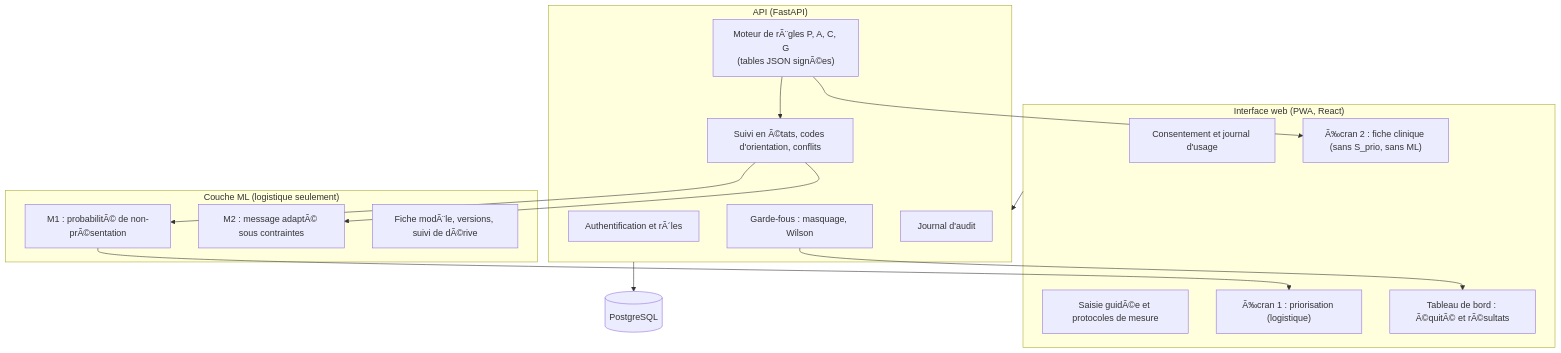
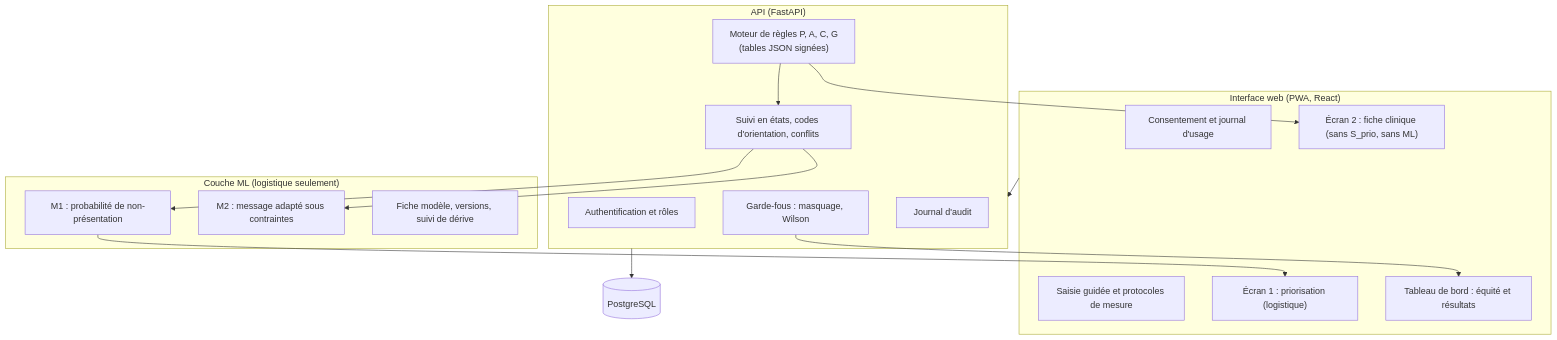
The second of 2 diagrams in MediBenin_Addendum_v8_Alignement_Criteres.md (orace229/medibenin), drawn with Mermaid before and after one commit. The commit also changed other lines of this file and 25 other files, not shown here.

````diff
--- a/MediBenin_Addendum_v8_Alignement_Criteres.md
+++ b/MediBenin_Addendum_v8_Alignement_Criteres.md
@@ -132,31 +132,31 @@
 ```mermaid
 flowchart TB
     subgraph U["Interface web (PWA, React)"]
         U1["Consentement et journal d'usage"]
-        U2["Saisie guidÃ©e et protocoles de mesure"]
-        U3["Ã‰cran 1 : priorisation (logistique)"]
-        U4["Ã‰cran 2 : fiche clinique (sans S_prio, sans ML)"]
-        U5["Tableau de bord : Ã©quitÃ© et rÃ©sultats"]
+        U2["Saisie guidée et protocoles de mesure"]
+        U3["Écran 1 : priorisation (logistique)"]
+        U4["Écran 2 : fiche clinique (sans S_prio, sans ML)"]
+        U5["Tableau de bord : équité et résultats"]
     end
     subgraph A["API (FastAPI)"]
-        A1["Authentification et rÃ´les"]
-        A2["Moteur de rÃ¨gles P, A, C, G<br/>(tables JSON signÃ©es)"]
-        A3["Suivi en Ã©tats, codes d'orientation, conflits"]
+        A1["Authentification et rôles"]
+        A2["Moteur de règles P, A, C, G<br/>(tables JSON signées)"]
+        A3["Suivi en états, codes d'orientation, conflits"]
         A4["Garde-fous : masquage, Wilson"]
         A5["Journal d'audit"]
     end
     subgraph M["Couche ML (logistique seulement)"]
-        M1["M1 : probabilitÃ© de non-prÃ©sentation"]
-        M2["M2 : message adaptÃ© sous contraintes"]
-        M3["Fiche modÃ¨le, versions, suivi de dÃ©rive"]
+        M1["M1 : probabilité de non-présentation"]
+        M2["M2 : message adapté sous contraintes"]
+        M3["Fiche modèle, versions, suivi de dérive"]
     end
     D[("PostgreSQL")]
     U --> A
     A2 --> A3
     A3 --> M1
     M1 --> U3
     A3 --> M2
     A --> D
     A4 --> U5
     A2 --> U4
 ```
````
